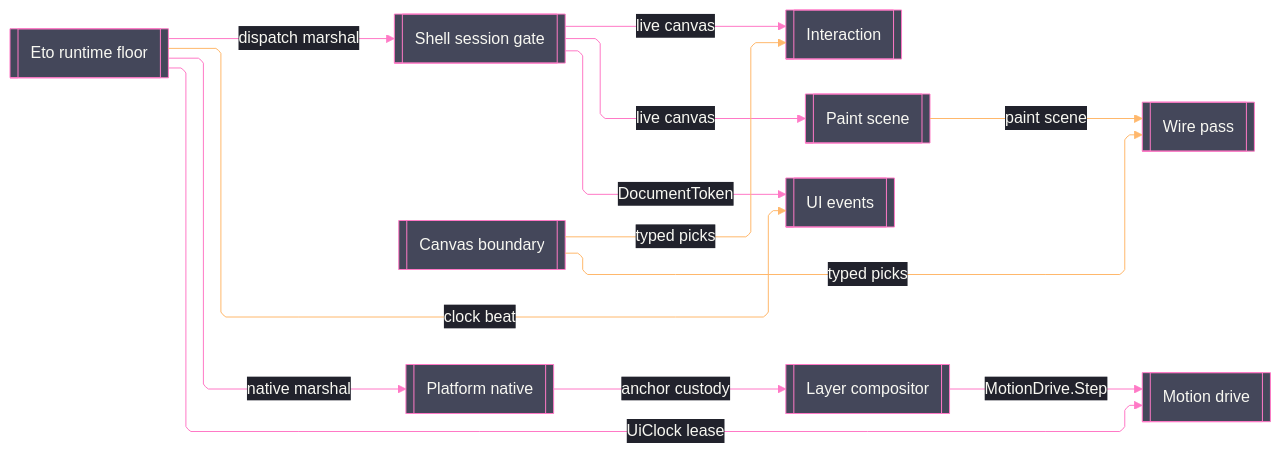
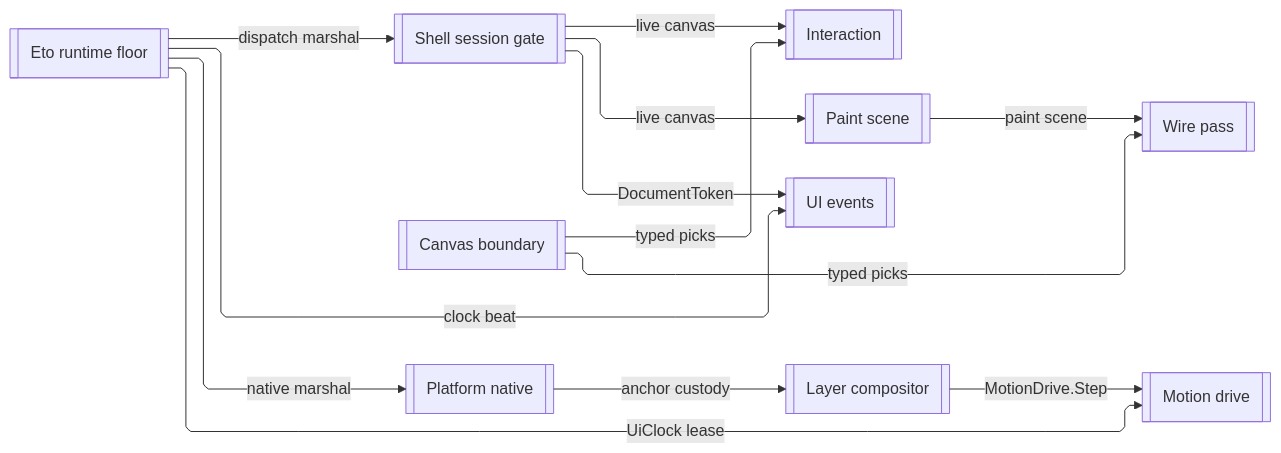
Before and after one commit to bsamiee/Rasm: the third of 3 diagrams in libs/csharp/Rasm.Grasshopper/ARCHITECTURE.md, drawn with Mermaid. The commit also changed other lines of this file and 460 other files, not shown here.

````diff
--- a/libs/csharp/Rasm.Grasshopper/ARCHITECTURE.md
+++ b/libs/csharp/Rasm.Grasshopper/ARCHITECTURE.md
@@ -182,56 +132,34 @@
 ```mermaid
 ---
 config:
-  theme: base
-  look: classic
   layout: elk
   flowchart:
     curve: linear
     padding: 25
-  themeVariables:
-    darkMode: true
-    fontFamily: "SF Mono, Menlo, Cascadia Mono, Segoe UI Mono, Consolas, monospace"
-    useGradient: false
-    dropShadow: "none"
-    background: "#282A36"
-    primaryColor: "#44475A"
-    primaryTextColor: "#F8F8F2"
-    primaryBorderColor: "#BD93F9"
-    lineColor: "#FF79C6"
-    textColor: "#F8F8F2"
-    edgeLabelBackground: "#21222C"
-    labelBackgroundColor: "#21222C"
-  themeCSS: ".nodeLabel{font-size:13px;font-weight:500}.edgeLabel{font-size:12px;font-weight:500}.cluster-label .nodeLabel{font-size:13.5px;font-weight:700;letter-spacing:.08em}.edge-thickness-normal{stroke-width:2px}.edge-thickness-thick{stroke-width:3px}.edge-pattern-dashed,.edge-pattern-dotted{stroke-width:1.5px;stroke-dasharray:4 6}.node rect,.node circle,.node polygon,.node path,.node .outer-path{stroke-width:1.5px;filter:none!important}.cluster rect{stroke-width:1px!important;stroke-dasharray:5 4!important;filter:none!important}.marker path{transform:scale(.8);transform-origin:5px 5px}.marker circle{transform:scale(.48);transform-origin:5px 5px}.edgeLabel rect{transform-box:fill-box;transform-origin:center;transform:scale(1.1,1.2)}"
 ---
 flowchart LR
     accTitle: Grasshopper host-boundary interior wiring
     accDescr: How the Grasshopper host boundary composes its UI-thread interior around the Eto runtime dispatch floor and the Shell session-scope gate, with canvas, paint, motion, events, and native owners consuming live scope, dispatch beats, and typed reads.
     Runtime[[Eto runtime floor]]
     Session[[Shell session gate]]
     Canvas[[Canvas boundary]]
     Interaction[[Interaction]]
     Paint[[Paint scene]]
     Wires[[Wire pass]]
     Motion[[Motion drive]]
     Events[[UI events]]
     Native[[Platform native]]
     Composition[[Layer compositor]]
-    Runtime i1@-->|"dispatch marshal"| Session
-    Runtime i2@-->|"UiClock lease"| Motion
-    Runtime i3@-->|"native marshal"| Native
-    Runtime i4@-->|"clock beat"| Events
-    Session i5@-->|"live canvas"| Interaction
-    Session i6@-->|"live canvas"| Paint
-    Session i7@-->|"DocumentToken"| Events
-    Canvas i8@-->|"typed picks"| Interaction
-    Canvas i9@-->|"typed picks"| Wires
-    Paint i10@-->|"paint scene"| Wires
-    Composition i11@-->|"MotionDrive.Step"| Motion
-    Native i12@-->|"anchor custody"| Composition
-    classDef primary fill:#44475A,stroke:#FF79C6,color:#F8F8F2
-    classDef edgeData stroke:#FFB86C,color:#F8F8F2
-    classDef edgeControl stroke:#FF79C6,color:#F8F8F2
-    class Runtime,Session,Canvas,Interaction,Paint,Wires,Motion,Events,Native,Composition primary
-    class i4,i8,i9,i10 edgeData
-    class i1,i2,i3,i5,i6,i7,i11,i12 edgeControl
+    Runtime -->|"dispatch marshal"| Session
+    Runtime -->|"UiClock lease"| Motion
+    Runtime -->|"native marshal"| Native
+    Runtime -->|"clock beat"| Events
+    Session -->|"live canvas"| Interaction
+    Session -->|"live canvas"| Paint
+    Session -->|"DocumentToken"| Events
+    Canvas -->|"typed picks"| Interaction
+    Canvas -->|"typed picks"| Wires
+    Paint -->|"paint scene"| Wires
+    Composition -->|"MotionDrive.Step"| Motion
+    Native -->|"anchor custody"| Composition
 ```
````
